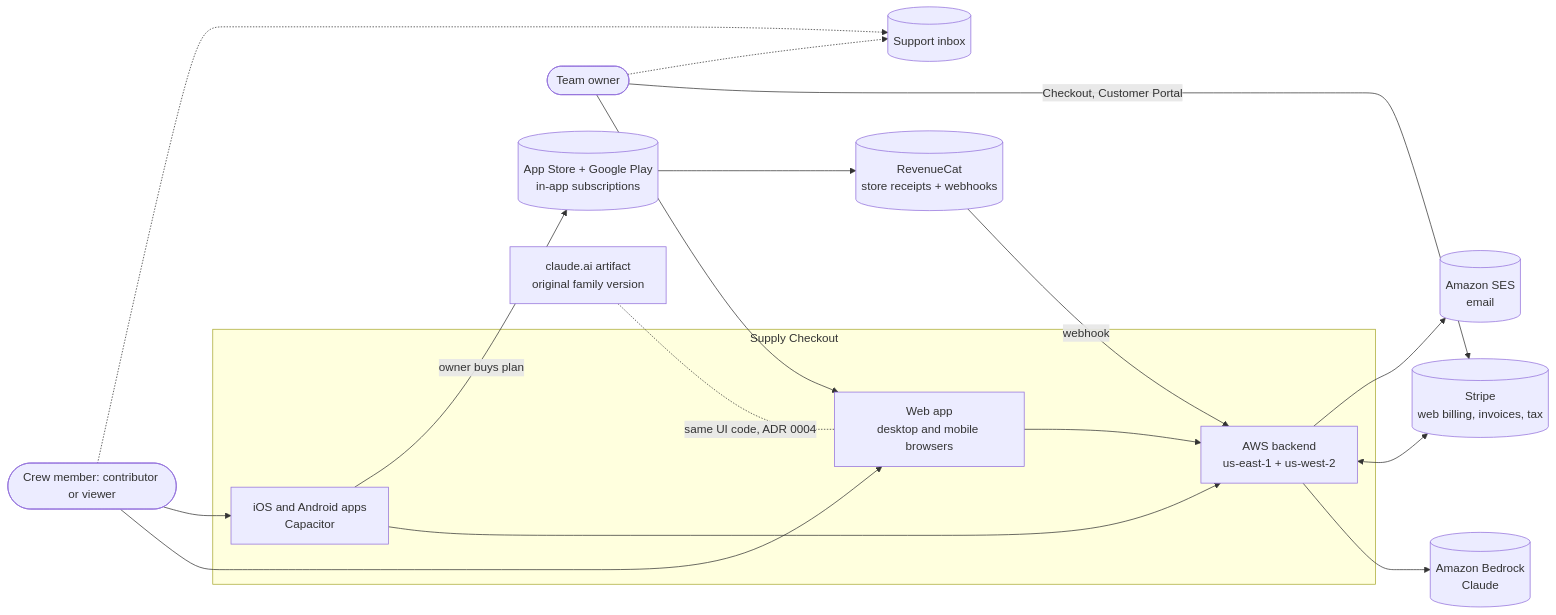
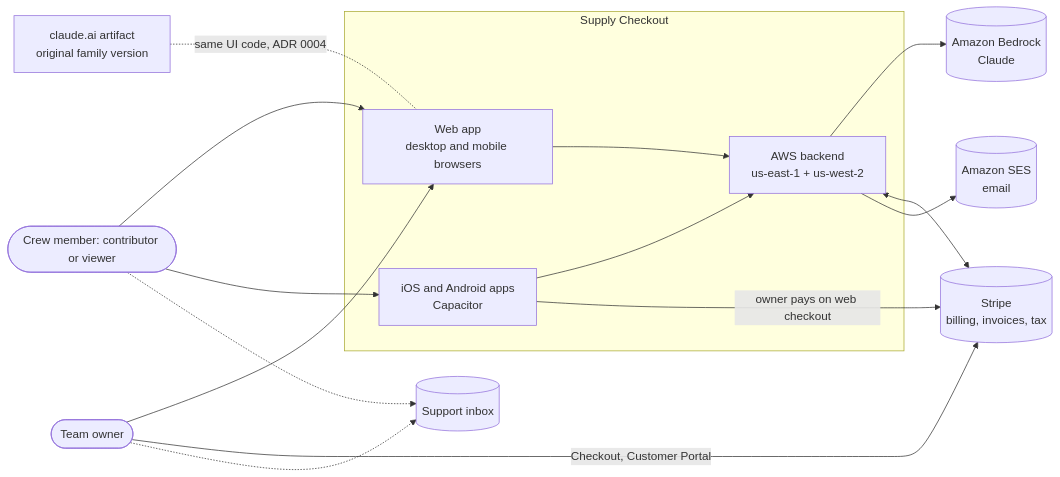
One commit to davetashner/supply-checkout changed the first of 8 diagrams in docs/architecture/README.md. Above: the diagram before and after it, drawn with Mermaid. The commit also changed other lines of this file and 7 other files, not shown here.

First line of the commit message:
docs: switch ADR 0013 to web billing only

````diff
--- a/docs/architecture/README.md
+++ b/docs/architecture/README.md
@@ -9,33 +9,29 @@
 ```mermaid
 flowchart LR
   owner([Team owner])
   crew([Crew member: contributor or viewer])
   subgraph SC[Supply Checkout]
     web[Web app<br/>desktop and mobile browsers]
     apps[iOS and Android apps<br/>Capacitor]
     backend[AWS backend<br/>us-east-1 + us-west-2]
   end
-  stripe[(Stripe<br/>web billing, invoices, tax)]
-  stores[(App Store + Google Play<br/>in-app subscriptions)]
-  rc[(RevenueCat<br/>store receipts + webhooks)]
+  stripe[(Stripe<br/>billing, invoices, tax)]
   bedrock[(Amazon Bedrock<br/>Claude)]
   mail[(Amazon SES<br/>email)]
   support[(Support inbox)]
   artifact[claude.ai artifact<br/>original family version]
 
   owner --> web
   crew --> web
   crew --> apps
   web --> backend
   apps --> backend
   backend --> bedrock
   backend <--> stripe
-  apps -->|owner buys plan| stores
-  stores --> rc
-  rc -->|webhook| backend
+  apps -->|owner pays on web checkout| stripe
   owner -->|Checkout, Customer Portal| stripe
   backend --> mail
   owner -.-> support
   crew -.-> support
   artifact -. same UI code, ADR 0004 .- web
 ```
````
